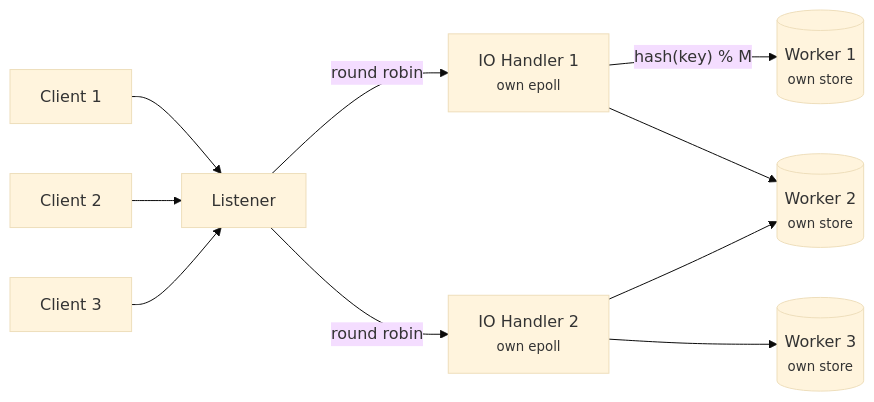
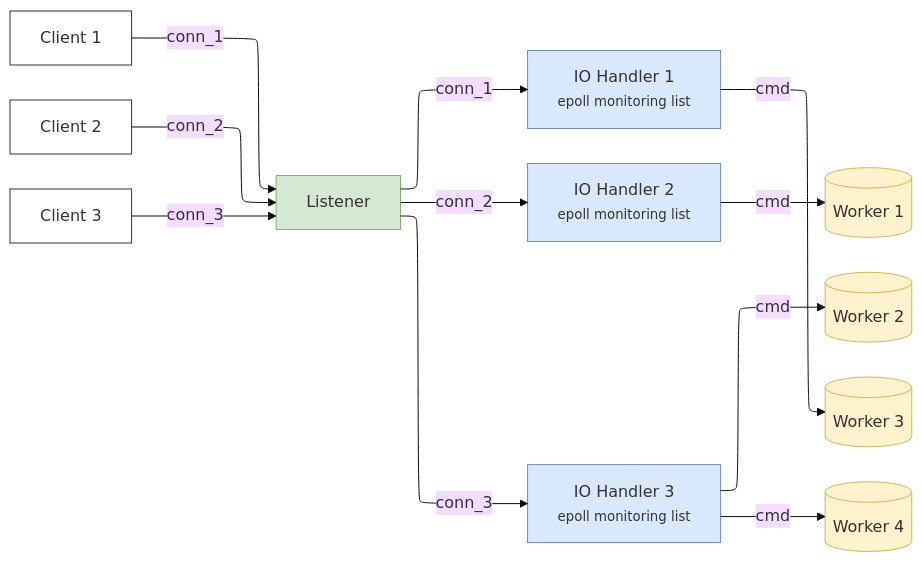
The fifth of 5 diagrams in README.md (TimSing6584/Multithreaded-Redis), drawn with Mermaid (base theme) before and after one commit. The commit also changed other lines of this file and 2 other files, not shown here.

````diff
--- a/README.md
+++ b/README.md
@@ -30,12 +104,43 @@
 ```mermaid
+---
+config:
+  layout: elk
+  elk:
+    forceNodeModelOrder: true
+    considerModelOrder: NODES_AND_EDGES
+---
 flowchart LR
-    C1[Client 1] --> L
-    C2[Client 2] --> L
-    C3[Client 3] --> L
-    L[Listener] -- round robin --> IO1["IO Handler 1<br/><small>own epoll</small>"]
-    L -- round robin --> IO2["IO Handler 2<br/><small>own epoll</small>"]
-    IO1 -- "hash(key) % M" --> W1[("Worker 1<br/><small>own store</small>")]
-    IO1 --> W2[("Worker 2<br/><small>own store</small>")]
-    IO2 --> W2
-    IO2 --> W3[("Worker 3<br/><small>own store</small>")]
+    C1[Client 1]
+    C2[Client 2]
+    C3[Client 3]
+    L[Listener]
+    IO1["IO Handler 1<br/><small>epoll monitoring list</small>"]
+    IO2["IO Handler 2<br/><small>epoll monitoring list</small>"]
+    IO3["IO Handler 3<br/><small>epoll monitoring list</small>"]
+    W1[(Worker 1)]
+    W2[(Worker 2)]
+    W3[(Worker 3)]
+    W4[(Worker 4)]
+
+    C1 -- conn_1 --> L
+    C2 -- conn_2 --> L
+    C3 -- conn_3 --> L
+
+    L -- conn_1 --> IO1
+    L -- conn_2 --> IO2
+    L -- conn_3 --> IO3
+
+    IO1 -- cmd --> W3
+    IO2 -- cmd --> W1
+    IO3 -- cmd --> W2
+    IO3 -- cmd --> W4
+
+    classDef client fill:#fff,stroke:#333
+    classDef listener fill:#d5e8d4,stroke:#82b366
+    classDef io fill:#dae8fc,stroke:#6c8ebf
+    classDef worker fill:#fff2cc,stroke:#d6b656
+    class C1,C2,C3 client
+    class L listener
+    class IO1,IO2,IO3 io
+    class W1,W2,W3,W4 worker
 ```
````
